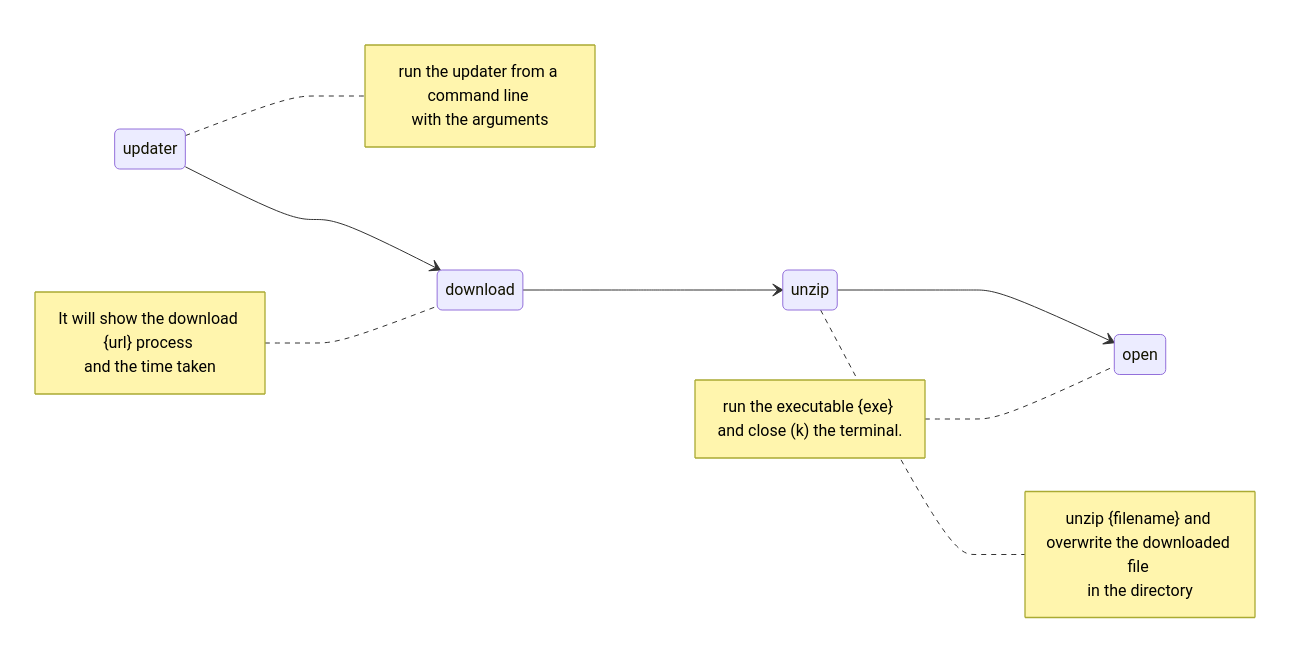
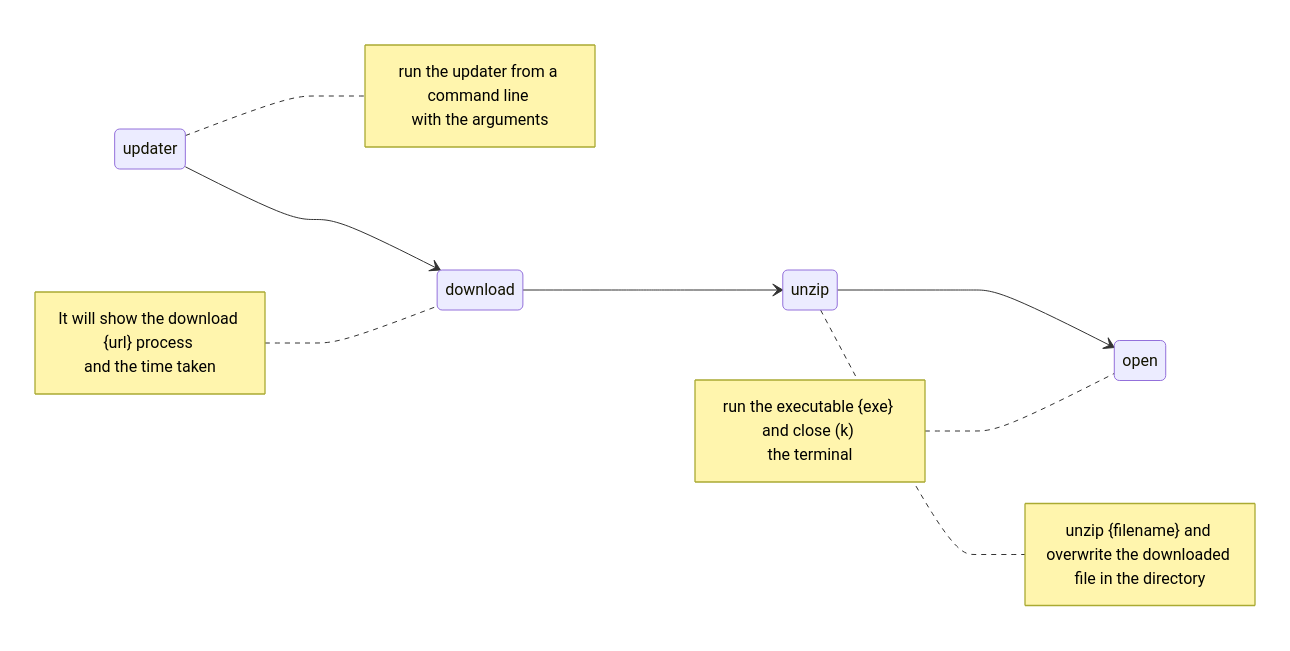
Before and after one commit to danijerez/updater: the diagram in README.md, drawn with Mermaid.

````diff
--- a/README.md
+++ b/README.md
@@ -11,26 +11,27 @@
 ```mermaid
 stateDiagram-v2
     direction LR
     updater --> download
     download --> unzip
     unzip --> open
     
     note right of updater
         run the updater from a command line 
         with the arguments
     end note
 
     note left of download
         It will show the download {url} process 
         and the time taken
     end note
     
     note right of unzip
-        unzip {filename} and overwrite the downloaded file 
-        in the directory
+        unzip {filename} and overwrite the downloaded 
+        file in the directory
     end note
     
     note left of open
-        run the executable {exe} and close (k) the terminal.
+        run the executable {exe} and close (k) 
+        the terminal
     end note
 ```
````
